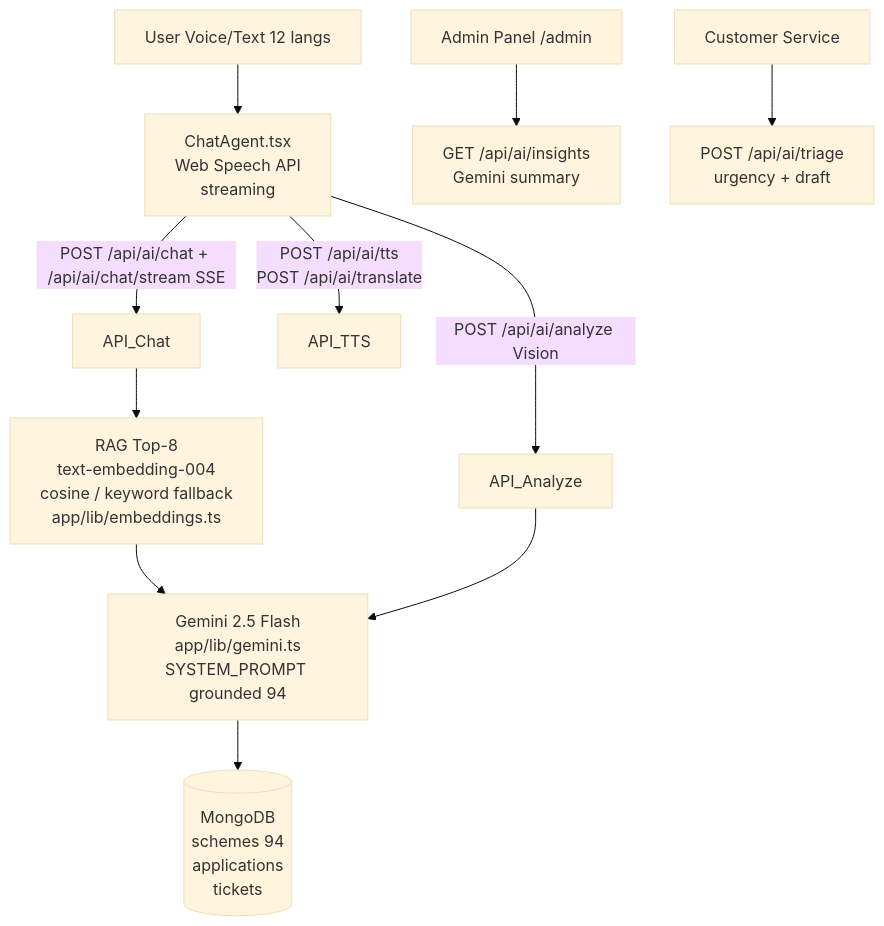
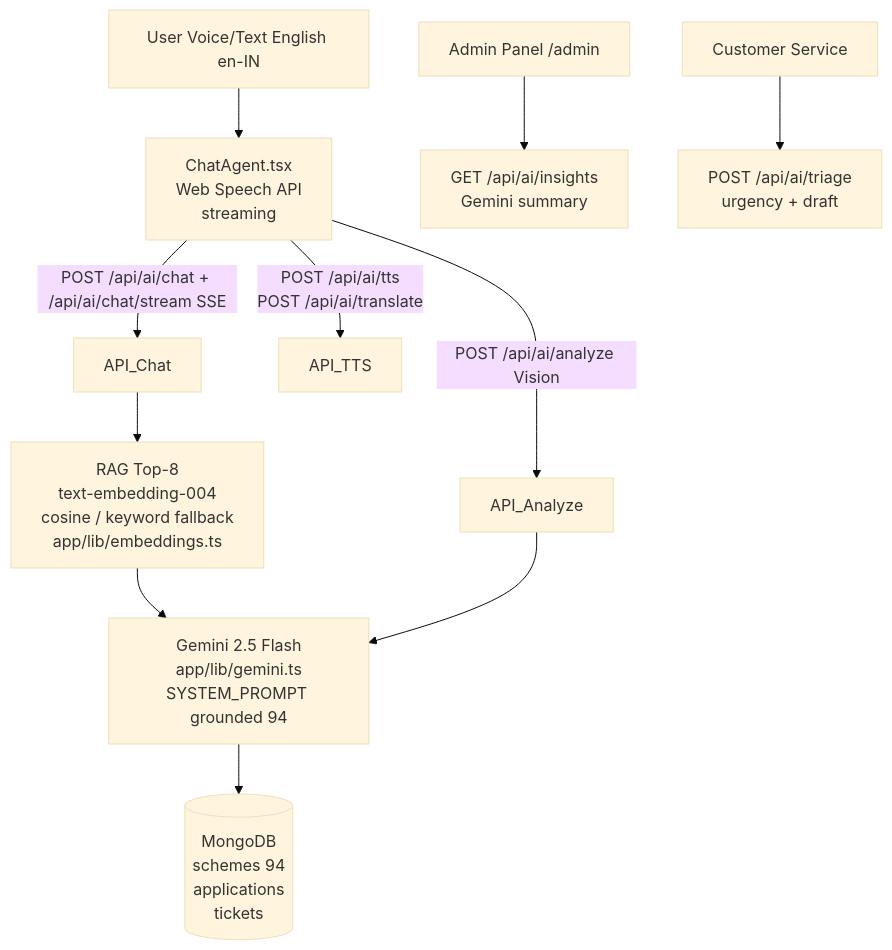
One commit to itsmekiller299/scheme.gov changed the diagram in docs/architecture.md. Above: the diagram before and after it, drawn with Mermaid (base theme). The commit also changed other lines of this file and 4 other files, not shown here.

First line of the commit message:
feat: English-only docs + streaming polish - demo script en-IN, devIndicators off, navbar brand clean

````diff
--- a/docs/architecture.md
+++ b/docs/architecture.md
@@ -3,13 +3,13 @@
 ```mermaid
 graph TD
-  User[User Voice/Text 12 langs] --> ChatAgent[ChatAgent.tsx<br/>Web Speech API<br/>streaming]
+  User[User Voice/Text English en-IN] --> ChatAgent[ChatAgent.tsx<br/>Web Speech API<br/>streaming]
   ChatAgent -->|POST /api/ai/chat + /api/ai/chat/stream SSE| API_Chat
   ChatAgent -->|POST /api/ai/analyze Vision| API_Analyze
   ChatAgent -->|POST /api/ai/tts<br/>POST /api/ai/translate| API_TTS
   API_Chat --> RAG[RAG Top-8<br/>text-embedding-004<br/>cosine / keyword fallback<br/>app/lib/embeddings.ts]
   RAG --> Gemini[Gemini 2.5 Flash<br/>app/lib/gemini.ts<br/>SYSTEM_PROMPT grounded 94]
   API_Analyze --> Gemini
   Admin[Admin Panel /admin] --> Insights[GET /api/ai/insights<br/>Gemini summary]
   Triage[Customer Service] --> TriageAPI[POST /api/ai/triage<br/>urgency + draft]
   Gemini --> MongoDB[(MongoDB<br/>schemes 94<br/>applications<br/>tickets)]
 ```
````
